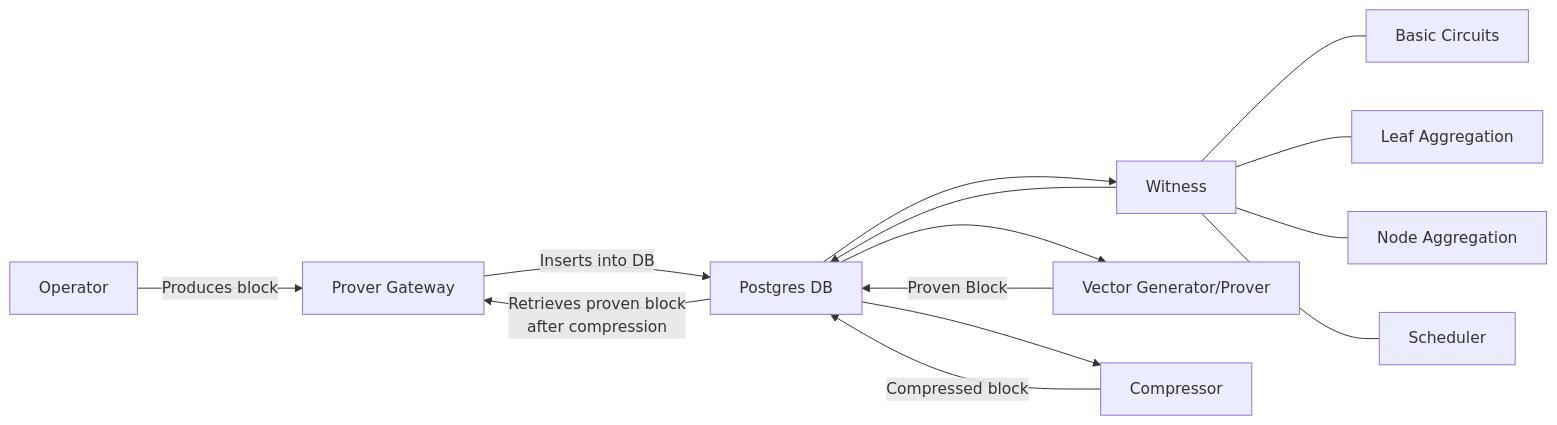
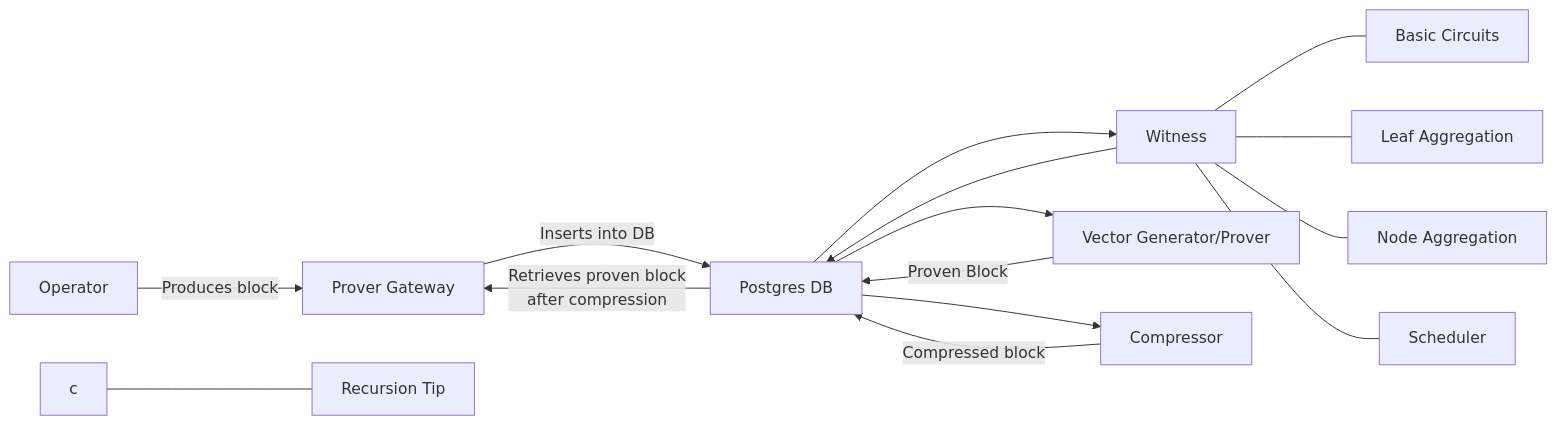
The diagram in prover/prover_fri/README.md (matter-labs/zksync-era), drawn with Mermaid before and after one commit. The commit also changed other lines of this file and 20 other files, not shown here.

````diff
--- a/prover/prover_fri/README.md
+++ b/prover/prover_fri/README.md
@@ -17,16 +17,17 @@
 ```mermaid
 flowchart LR
     A["Operator"] --> |Produces block| F[Prover Gateway]
     F --> |Inserts into DB| B["Postgres DB"]
     B --> |Retrieves proven block \nafter compression| F
     B --> C["Witness"]
     C --- C1["Basic Circuits"]
     C --- C2["Leaf Aggregation"]
     C --- C3["Node Aggregation"]
-    C --- C4["Scheduler"]
+    c --- C4["Recursion Tip"]
+    C --- C5["Scheduler"]
     C --> B
     B --> D["Vector Generator/Prover"]
     D --> |Proven Block| B
     B --> G["Compressor"]
     G --> |Compressed block| B
 ```
````
